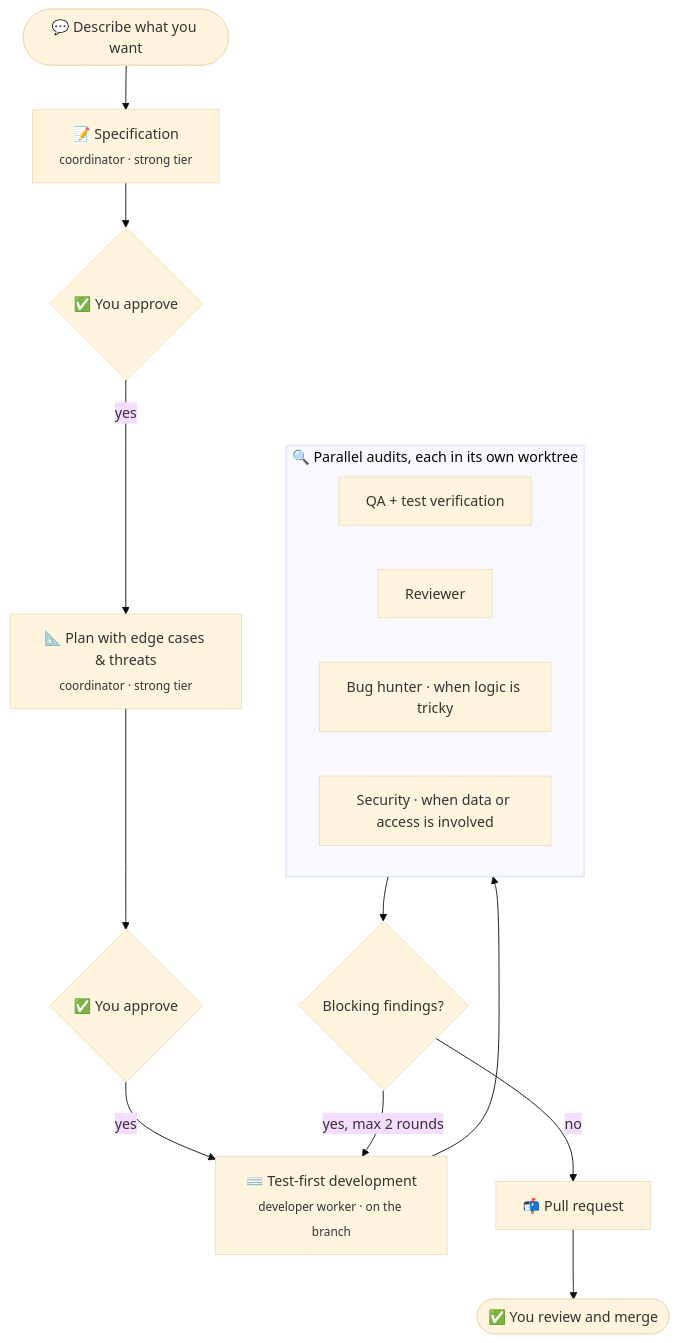
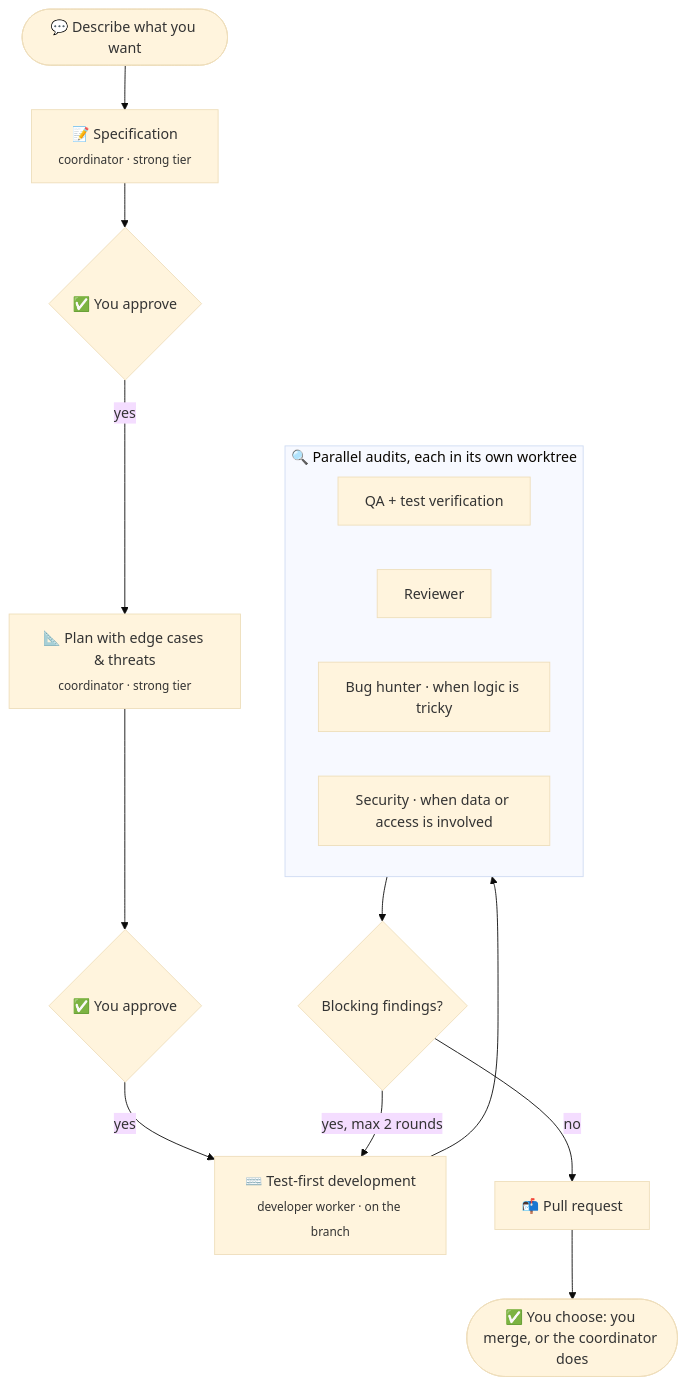
One commit to davidgarcia11/pilotfish changed the diagram in README.md. Above: the diagram before and after it, drawn with Mermaid (base theme). The commit also changed other lines of this file and 1 other file, not shown here.

Commit message:
docs: describe orca.yaml and the merge question

````diff
--- a/README.md
+++ b/README.md
@@ -46,19 +46,19 @@
 ```mermaid
 flowchart TD
     A([💬 Describe what you want]) --> B[📝 Specification<br/><sub>coordinator · strong tier</sub>]
     B --> C{✅ You approve}
     C -->|yes| D[📐 Plan with edge cases & threats<br/><sub>coordinator · strong tier</sub>]
     D --> E{✅ You approve}
     E -->|yes| F[⌨️ Test-first development<br/><sub>developer worker · on the branch</sub>]
     F --> G
     subgraph G [🔍 Parallel audits, each in its own worktree]
         G1[QA + test verification]
         G2[Reviewer]
         G3[Bug hunter · when logic is tricky]
         G4[Security · when data or access is involved]
     end
     G --> H{Blocking findings?}
     H -->|yes, max 2 rounds| F
     H -->|no| I[📬 Pull request]
-    I --> J([✅ You review and merge])
+    I --> J([✅ You choose: you merge, or the coordinator does])
 ```
````
